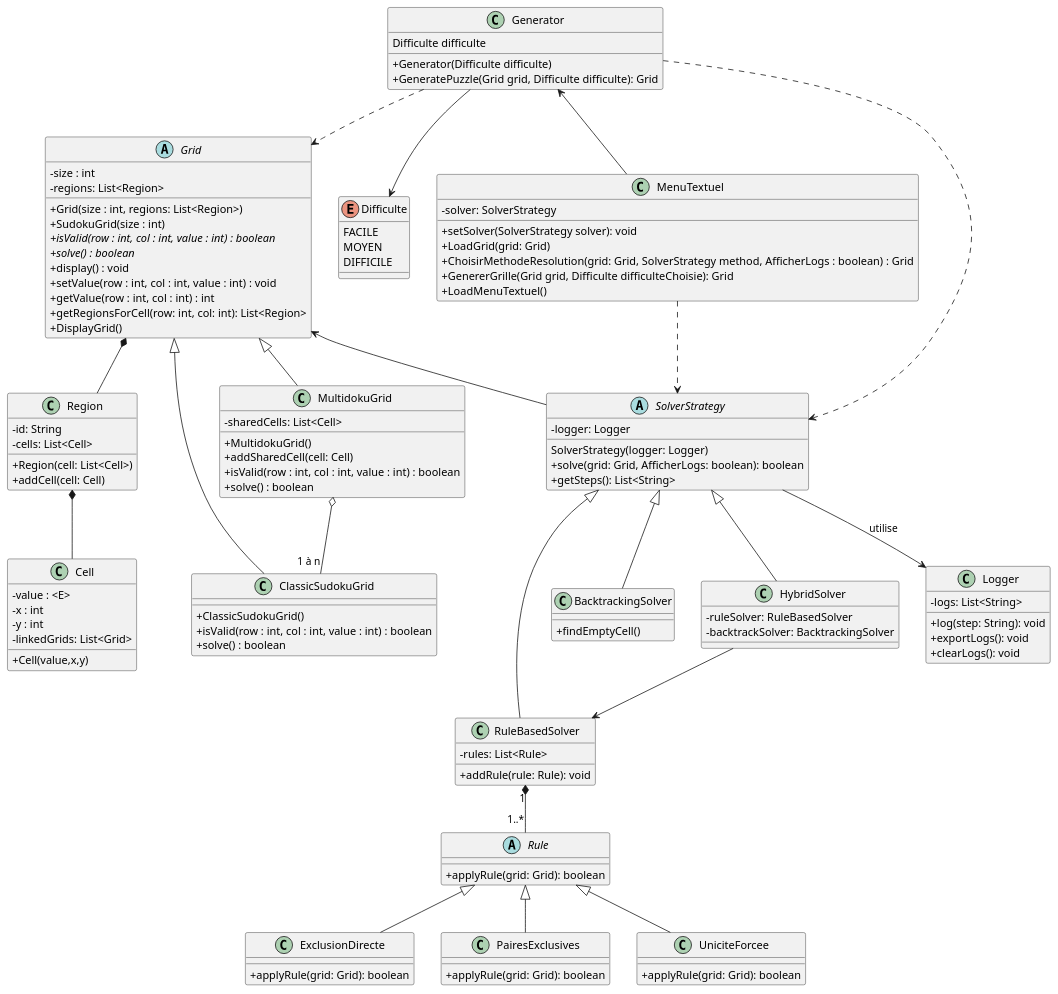
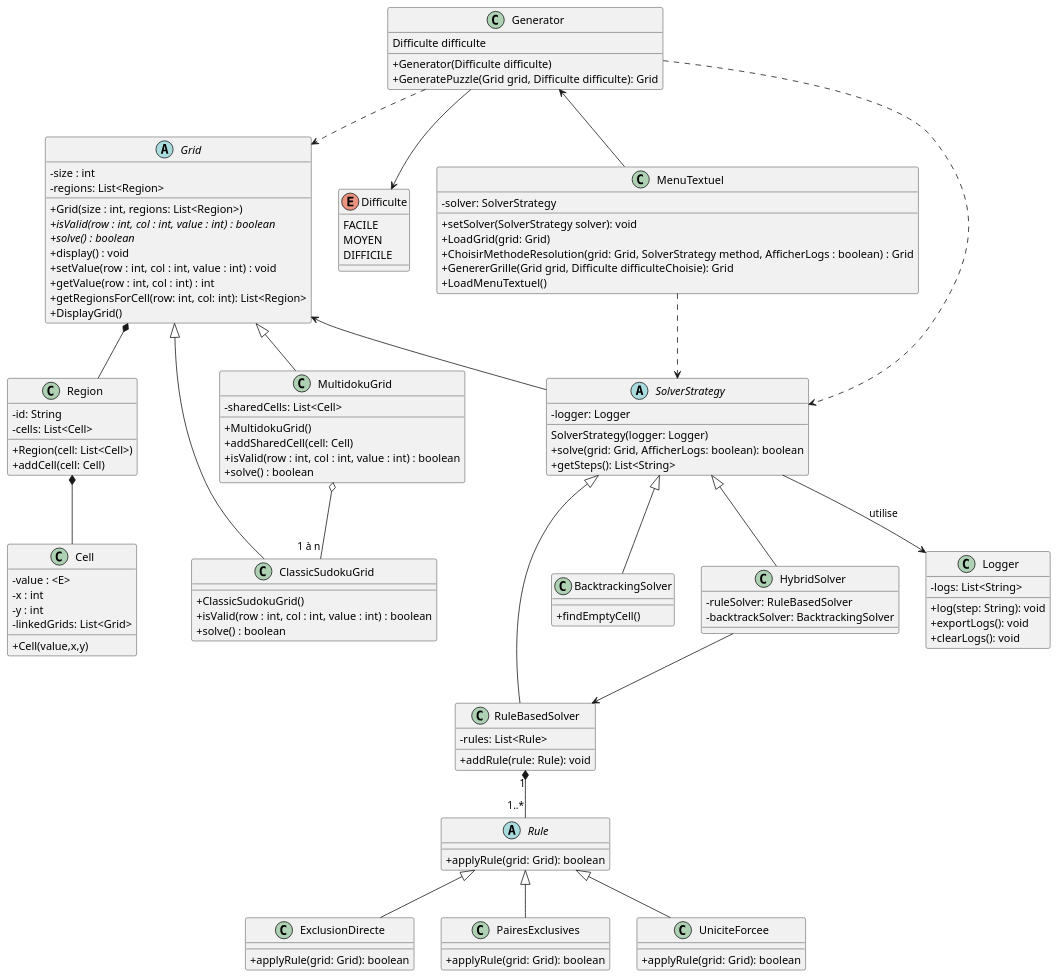
One commit to PolytechLyon/SudokuAPO changed the diagram in ClassDiagram.puml. Above: the diagram before and after it, drawn with PlantUML. The commit also changed 1 other file, not shown here.

Commit message:
diagramme classe

```diff
--- a/ClassDiagram.puml
+++ b/ClassDiagram.puml
@@ -1,138 +1,137 @@
 @startuml
 skinparam classAttributeIconSize 0
 'https://plantuml.com/class-diagram
 
 abstract class Grid{
     - size : int
     - regions: List<Region>
     + Grid(size : int, regions: List<Region>)
-    + SudokuGrid(size : int)
     + {abstract} isValid(row : int, col : int, value : int) : boolean
     + {abstract} solve() : boolean
     + display() : void
     + setValue(row : int, col : int, value : int) : void
     + getValue(row : int, col : int) : int
     + getRegionsForCell(row: int, col: int): List<Region>
     + DisplayGrid()
 }
 
 class Region {
     - id: String
     - cells: List<Cell>
     +Region(cell: List<Cell>)
     + addCell(cell: Cell)
 }
 
 class Cell {
     -value : <E>
     -x : int
     -y : int
     - linkedGrids: List<Grid>
     +Cell(value,x,y)
 }
 
 class ClassicSudokuGrid{
     + ClassicSudokuGrid()
     + isValid(row : int, col : int, value : int) : boolean
     + solve() : boolean
 }
 
 class MultidokuGrid{
     - sharedCells: List<Cell>
     + MultidokuGrid()
     + addSharedCell(cell: Cell)
     + isValid(row : int, col : int, value : int) : boolean
     + solve() : boolean
 }
 
 abstract class Rule {
     + applyRule(grid: Grid): boolean
 }
 class ExclusionDirecte extends Rule {
     + applyRule(grid: Grid): boolean
 }
 class PairesExclusives extends Rule {
     + applyRule(grid: Grid): boolean
 }
 class UniciteForcee extends Rule {
     + applyRule(grid: Grid): boolean
 }
 
 enum Difficulte{
     FACILE
     MOYEN
     DIFFICILE
 }
 
 Generator --> Difficulte
 
 class Generator {
     Difficulte difficulte
     + Generator(Difficulte difficulte)
     +GeneratePuzzle(Grid grid, Difficulte difficulte): Grid
 }
 Generator ..> Grid
 
 class MenuTextuel {
     - solver: SolverStrategy
     + setSolver(SolverStrategy solver): void
     +LoadGrid(grid: Grid)
     +ChoisirMethodeResolution(grid: Grid, SolverStrategy method, AfficherLogs : boolean) : Grid
     +GenererGrille(Grid grid, Difficulte difficulteChoisie): Grid
     +LoadMenuTextuel()
 }
 
 MenuTextuel ..> SolverStrategy
 
 class RuleBasedSolver {
     - rules: List<Rule>
     + addRule(rule: Rule): void
 }
 
 class BacktrackingSolver {
     +findEmptyCell()
 }
 
 class HybridSolver {
     - ruleSolver: RuleBasedSolver
     - backtrackSolver: BacktrackingSolver
 }
 
 class Logger {
     - logs: List<String>
     + log(step: String): void
     + exportLogs(): void
     + clearLogs(): void
 }
 
 abstract class SolverStrategy {
     - logger: Logger
     SolverStrategy(logger: Logger)
     + solve(grid: Grid, AfficherLogs: boolean): boolean
     + getSteps(): List<String>
 }
 
 SolverStrategy --> Logger : utilise
 
 Generator<--MenuTextuel
 
 Grid <|-- MultidokuGrid
 Grid <|-- ClassicSudokuGrid
 Grid *-- Region
 Grid <-- SolverStrategy
 
 Generator ..> SolverStrategy
 
 MultidokuGrid o-- "1 à n" ClassicSudokuGrid
 
 Region *-- Cell
 
 SolverStrategy <|-- RuleBasedSolver
 SolverStrategy <|-- HybridSolver
 SolverStrategy <|-- BacktrackingSolver
 RuleBasedSolver "1" *-- "1..*" Rule
 HybridSolver --> RuleBasedSolver
 
 
 
 @enduml
```
